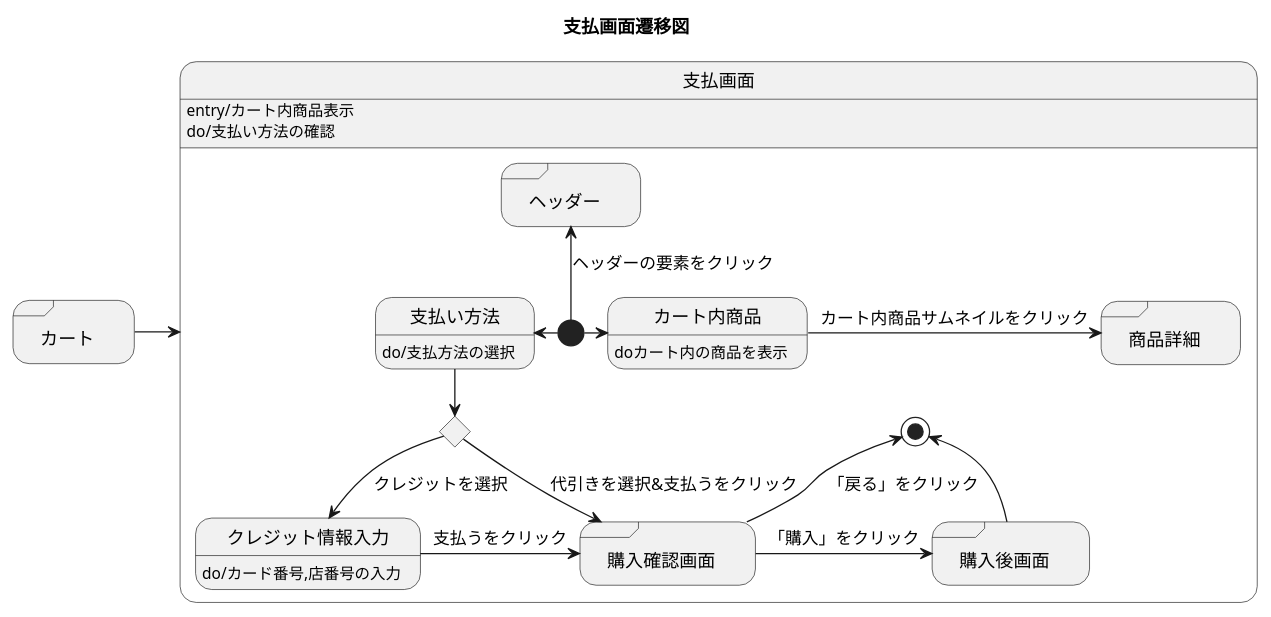
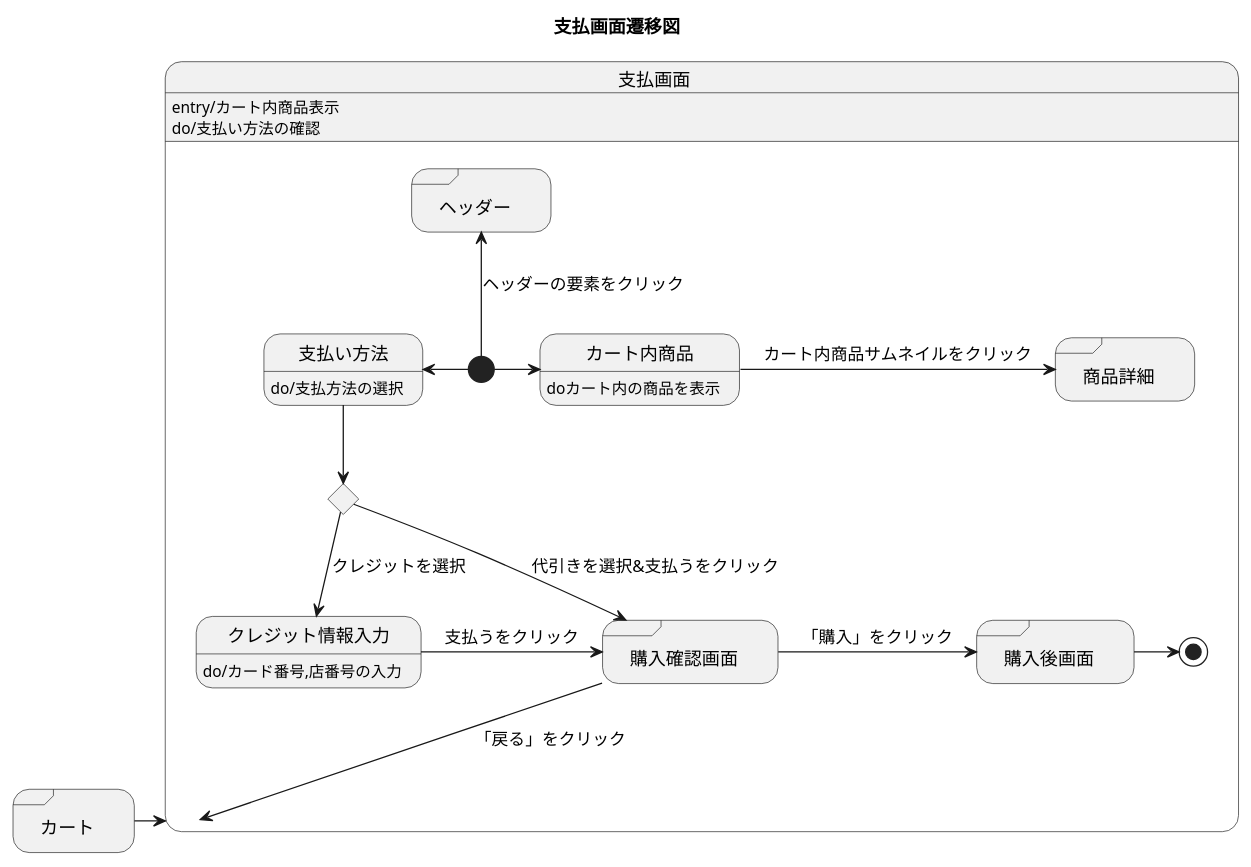
The diagram in 支払画面.md (akutori/T-D-E), drawn with PlantUML before and after one commit.

Commit message:
遷移を下に変更

````diff
--- a/支払画面.md
+++ b/支払画面.md
@@ -1,33 +1,33 @@
 ```uml
 @startuml
 title 支払画面遷移図
 state 支払画面:entry/カート内商品表示
 state 支払画面:do/支払い方法の確認
 state "カート" as cart <<sdlreceive>>
 
 cart->支払画面
 
 state 支払画面{
     state input <<choice>>
     state "ヘッダー" as headder <<sdlreceive>>
     state "購入確認画面" as PurchaseConfirmation <<sdlreceive>>
     state "商品詳細" as detail <<sdlreceive>>
     state "購入後画面" as boughtpage <<sdlreceive>>
     state 支払い方法:do/支払方法の選択
     state クレジット情報入力:do/カード番号,店番号の入力
     state カート内商品:doカート内の商品を表示
 
     [*]-left->支払い方法
     [*]->カート内商品
     [*]-up->headder : ヘッダーの要素をクリック
     支払い方法-->input
     input-> PurchaseConfirmation : 代引きを選択&支払うをクリック
     input--> クレジット情報入力 : クレジットを選択
     クレジット情報入力 -> PurchaseConfirmation : 支払うをクリック
     カート内商品->detail : カート内商品サムネイルをクリック
     PurchaseConfirmation -> boughtpage : 「購入」をクリック
-    PurchaseConfirmation -up->[*]  : 「戻る」をクリック
+    PurchaseConfirmation -->支払画面  : 「戻る」をクリック
     boughtpage ->[*]
 }
 @enduml
 ```
````
